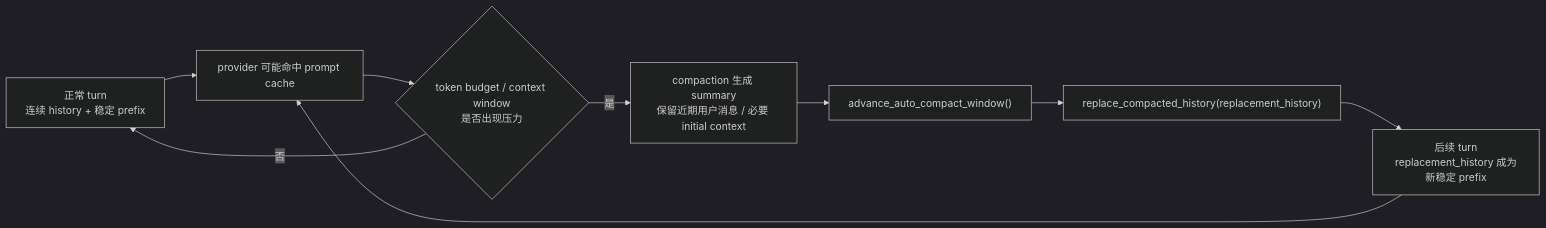
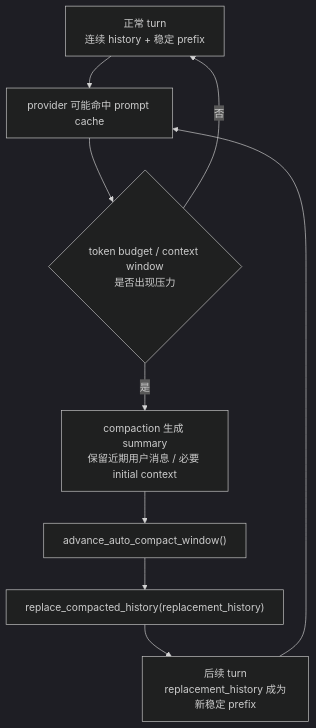
The diagram in website/docs/qa/prompt-cache-compaction.mdx (luochang212/codex-notebook), drawn with Mermaid (dark theme) before and after one commit. The commit also changed 1 other file, not shown here.

Commit message:
Adjust compaction flow diagram

````diff
--- a/website/docs/qa/prompt-cache-compaction.mdx
+++ b/website/docs/qa/prompt-cache-compaction.mdx
@@ -18,11 +18,11 @@
 ```mermaid
-flowchart LR
+flowchart TD
   A["正常 turn<br/>连续 history + 稳定 prefix"] --> B["provider 可能命中 prompt cache"]
   B --> C{"token budget / context window<br/>是否出现压力"}
   C -->|否| A
   C -->|是| D["compaction 生成 summary<br/>保留近期用户消息 / 必要 initial context"]
   D --> E["advance_auto_compact_window()"]
   E --> F["replace_compacted_history(replacement_history)"]
   F --> G["后续 turn<br/>replacement_history 成为新稳定 prefix"]
   G --> B
 ```
````
